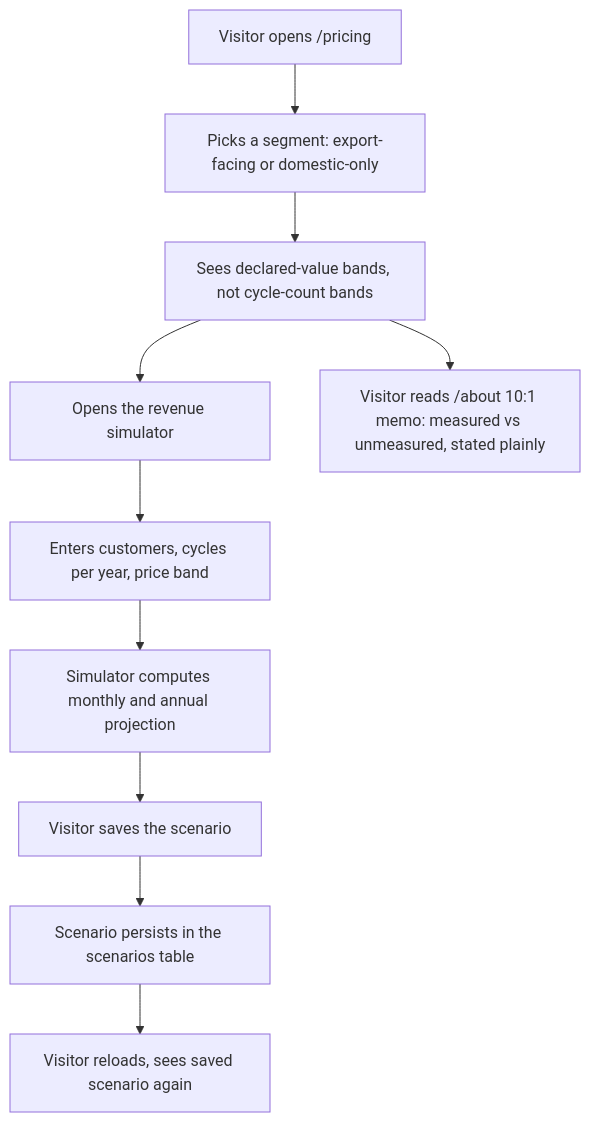
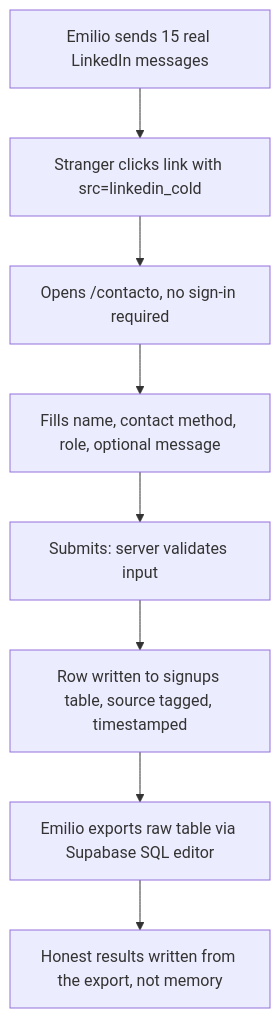
Before and after one commit to emiliogomezbuilds/cuadre: the first of 2 diagrams in docs/PACKET.md, drawn with Mermaid. The commit also changed other lines of this file and 2 other files, not shown here.

Commit message:
Week 15 packet: lightweight no-sign-in capture page, source-tagged cold-outreach test, launch playbook — committed before any code

````diff
--- a/docs/PACKET.md
+++ b/docs/PACKET.md
@@ -39,12 +56,10 @@
 ```mermaid
 flowchart TD
-  A[Visitor opens /pricing] --> B[Picks a segment: export-facing or domestic-only]
-  B --> C[Sees declared-value bands, not cycle-count bands]
-  C --> D[Opens the revenue simulator]
-  D --> E[Enters customers, cycles per year, price band]
-  E --> F[Simulator computes monthly and annual projection]
-  F --> G[Visitor saves the scenario]
-  G --> H[Scenario persists in the scenarios table]
-  H --> I[Visitor reloads, sees saved scenario again]
-  C --> J[Visitor reads /about 10:1 memo: measured vs unmeasured, stated plainly]
+  A[Emilio sends 15 real LinkedIn messages] --> B[Stranger clicks link with src=linkedin_cold]
+  B --> C[Opens /contacto, no sign-in required]
+  C --> D[Fills name, contact method, role, optional message]
+  D --> E[Submits: server validates input]
+  E --> F[Row written to signups table, source tagged, timestamped]
+  F --> G[Emilio exports raw table via Supabase SQL editor]
+  G --> H[Honest results written from the export, not memory]
 ```
````
